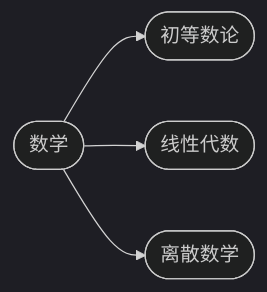
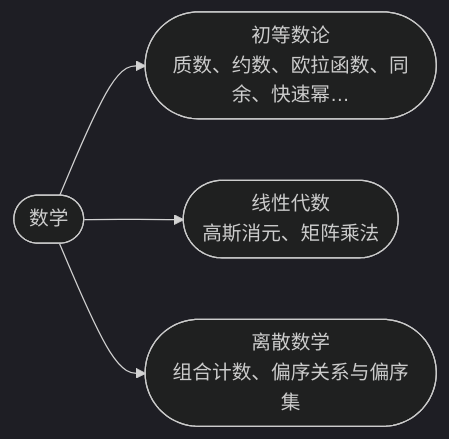
Before and after one commit to cuberxl/Coders-Note: the diagram in 8-数学/index.md, drawn with Mermaid (dark theme). The commit also changed 16 other files, not shown here.

````diff
--- a/8-数学/index.md
+++ b/8-数学/index.md
@@ -23,7 +23,7 @@
 ```mermaid
 flowchart LR
     R(["数学"])
-    R --> N1(["初等数论"])
-    R --> N2(["线性代数"])
-    R --> N3(["离散数学"])
+    R --> N1(["初等数论<br/>质数、约数、欧拉函数、同余、快速幂…"])
+    R --> N2(["线性代数<br/>高斯消元、矩阵乘法"])
+    R --> N3(["离散数学<br/>组合计数、偏序关系与偏序集"])
 ```
````
